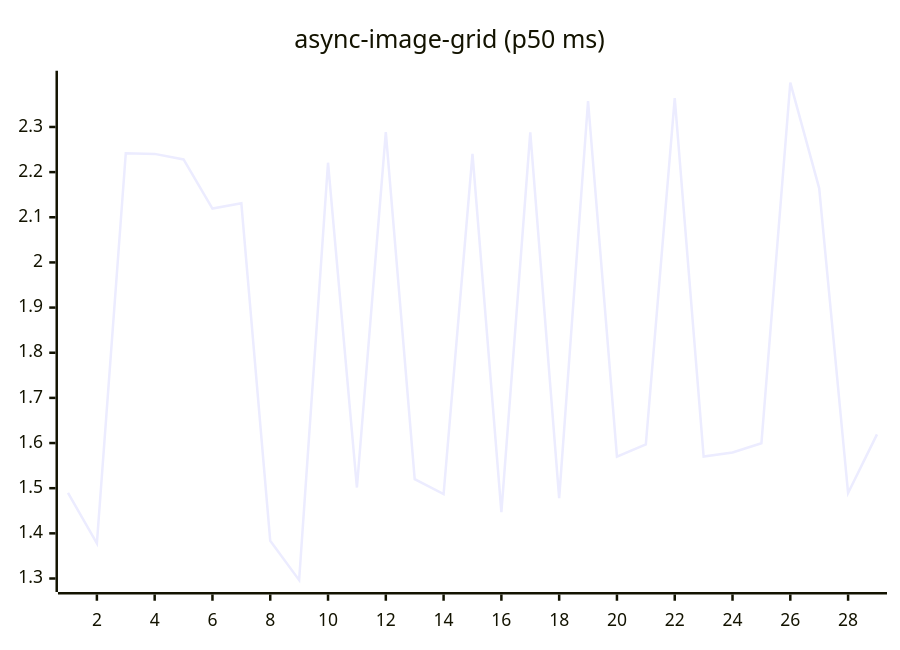
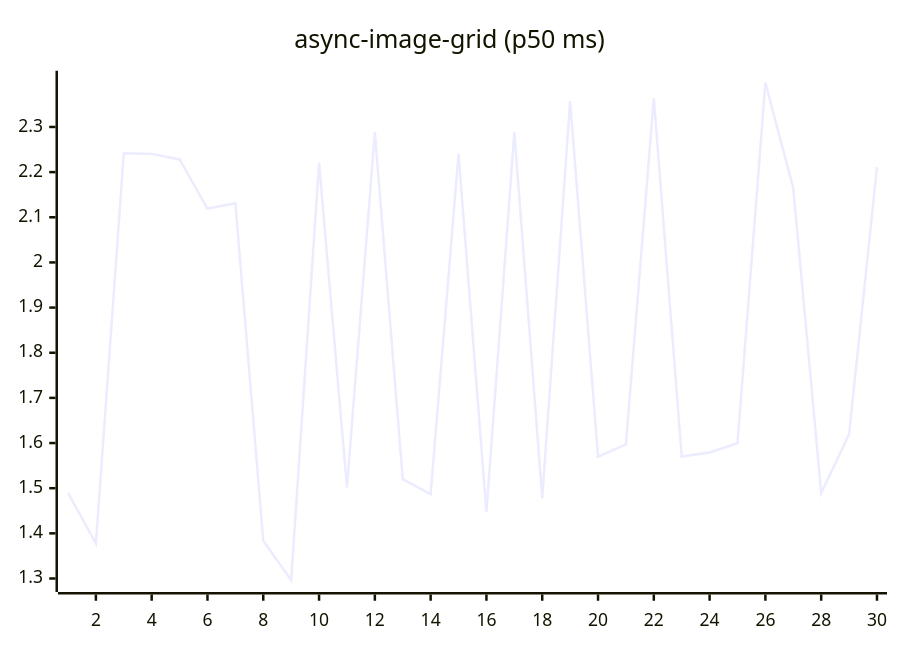
One commit to josha/Facet changed the fifth of 27 diagrams in README.md. Above: the diagram before and after it, drawn with Mermaid. The commit also changed other lines of this file and 2 other files, not shown here.

````diff
--- a/README.md
+++ b/README.md
@@ -91,6 +91,6 @@
 ```mermaid
 xychart-beta
     title "async-image-grid (p50 ms)"
-    x-axis 1 --> 29
-    line [1.4898, 1.3778, 2.2419, 2.2404, 2.2280, 2.1194, 2.1310, 1.3834, 1.2964, 2.2208, 1.5015, 2.2886, 1.5200, 1.4868, 2.2404, 1.4470, 2.2880, 1.4779, 2.3575, 1.5699, 1.5969, 2.3640, 1.5700, 1.5790, 1.5994, 2.3982, 2.1641, 1.4893, 1.6193]
+    x-axis 1 --> 30
+    line [1.4898, 1.3778, 2.2419, 2.2404, 2.2280, 2.1194, 2.1310, 1.3834, 1.2964, 2.2208, 1.5015, 2.2886, 1.5200, 1.4868, 2.2404, 1.4470, 2.2880, 1.4779, 2.3575, 1.5699, 1.5969, 2.3640, 1.5700, 1.5790, 1.5994, 2.3982, 2.1641, 1.4893, 1.6193, 2.2110]
 ```
````
